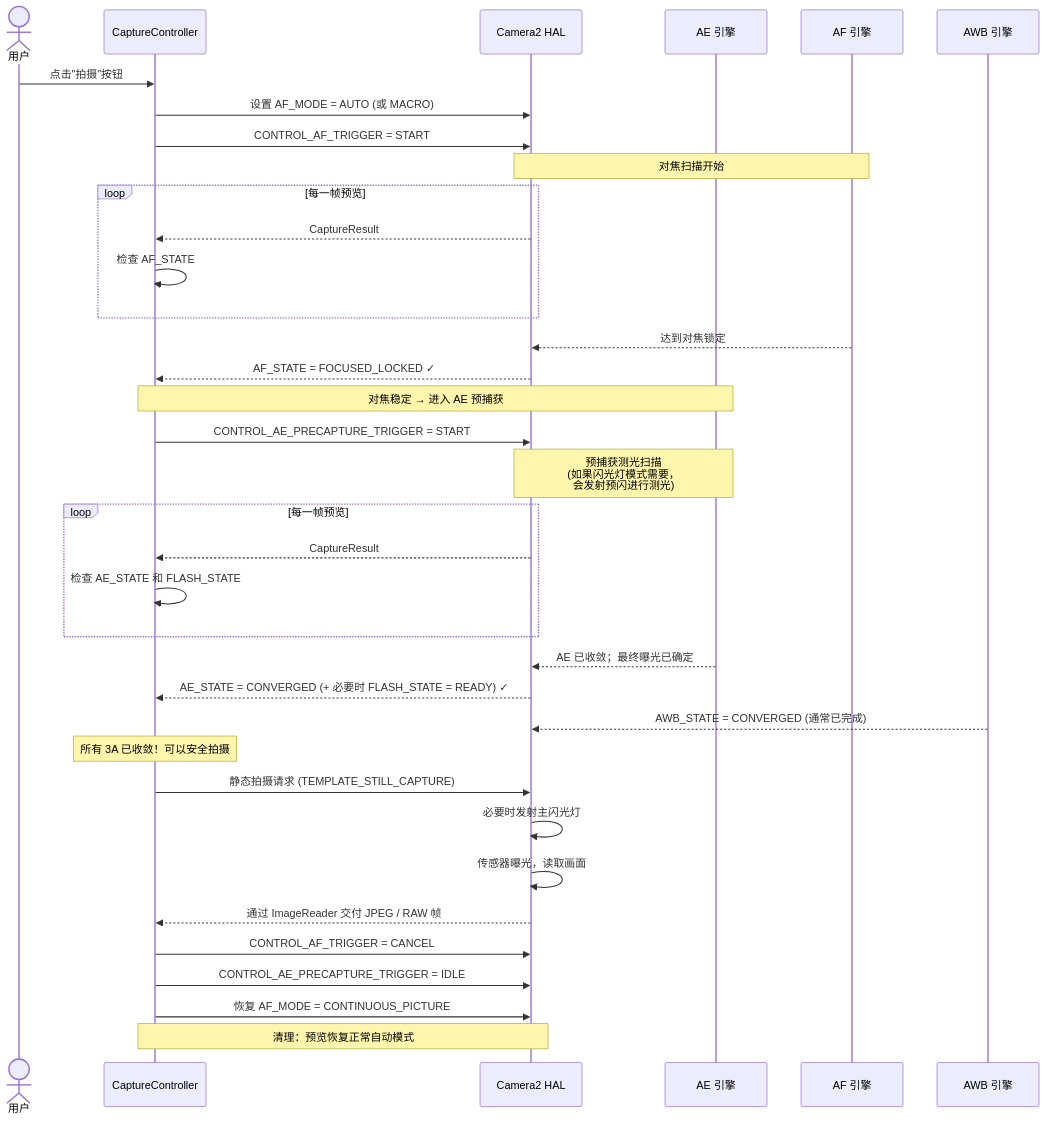
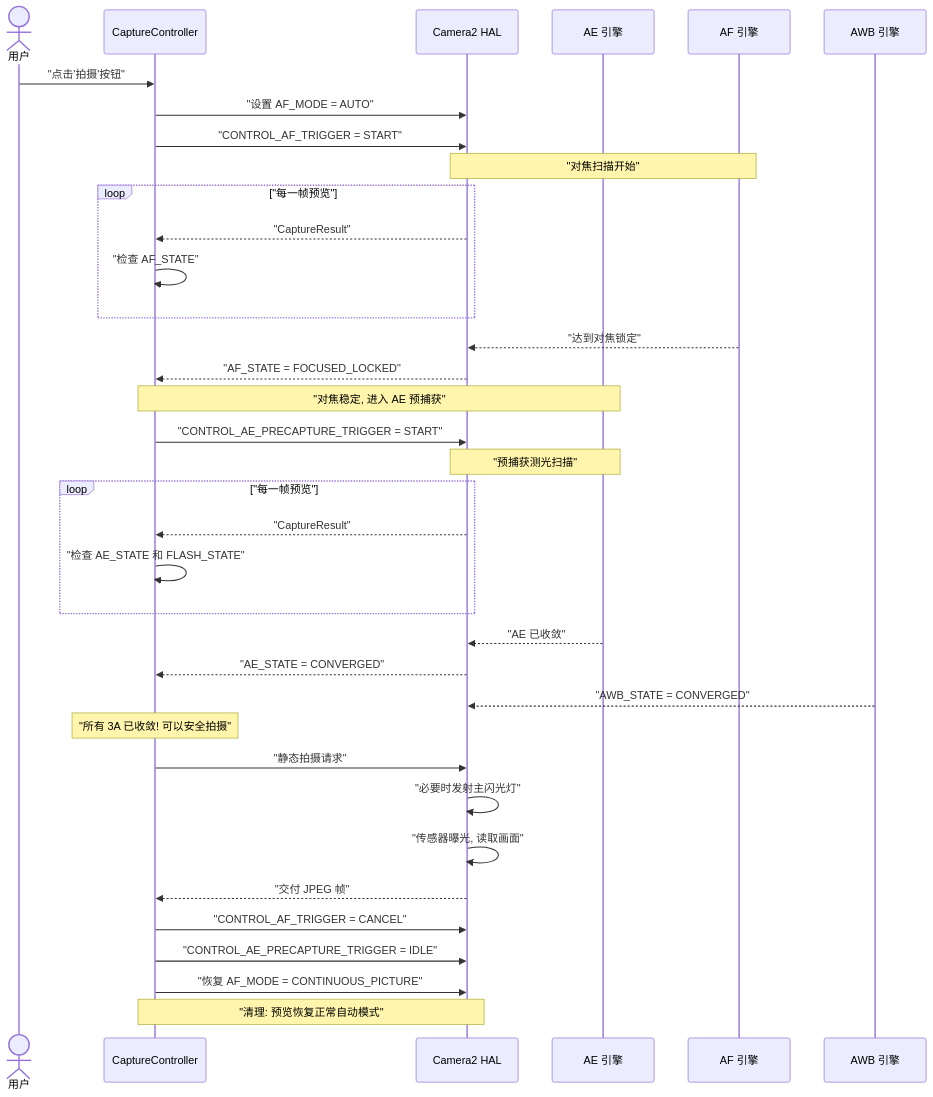
The first of 2 diagrams in website/i18n/zh-Hans/docusaurus-plugin-content-docs/current/camera2/3a-pipeline.md (zoozooll/AndroidCameraParameters), drawn with Mermaid before and after one commit. The commit also changed other lines of this file and 77 other files, not shown here.

First line of the commit message:
docs: standardize Mermaid syntax and polish 3A pipeline translations

````diff
--- a/website/i18n/zh-Hans/docusaurus-plugin-content-docs/current/camera2/3a-pipeline.md
+++ b/website/i18n/zh-Hans/docusaurus-plugin-content-docs/current/camera2/3a-pipeline.md
@@ -22,46 +22,46 @@
 ```mermaid
 sequenceDiagram
     actor User as 用户
     participant App as CaptureController
     participant HAL as Camera2 HAL
     participant AE as AE 引擎
     participant AF as AF 引擎
     participant AWB as AWB 引擎
 
-    User->>App: 点击"拍摄"按钮
-    App->>HAL: 设置 AF_MODE = AUTO (或 MACRO)
-    App->>HAL: CONTROL_AF_TRIGGER = START
-    Note over HAL,AF: 对焦扫描开始
+    User->>App: "点击'拍摄'按钮"
+    App->>HAL: "设置 AF_MODE = AUTO"
+    App->>HAL: "CONTROL_AF_TRIGGER = START"
+    Note over HAL,AF: "对焦扫描开始"
 
-    loop 每一帧预览
-        HAL-->>App: CaptureResult
-        App->>App: 检查 AF_STATE
+    loop "每一帧预览"
+        HAL-->>App: "CaptureResult"
+        App->>App: "检查 AF_STATE"
     end
 
-    AF-->>HAL: 达到对焦锁定
-    HAL-->>App: AF_STATE = FOCUSED_LOCKED ✓
-    Note over App,AE: 对焦稳定 → 进入 AE 预捕获
+    AF-->>HAL: "达到对焦锁定"
+    HAL-->>App: "AF_STATE = FOCUSED_LOCKED"
+    Note over App,AE: "对焦稳定, 进入 AE 预捕获"
 
-    App->>HAL: CONTROL_AE_PRECAPTURE_TRIGGER = START
-    Note over HAL,AE: 预捕获测光扫描<br/>(如果闪光灯模式需要，<br/>会发射预闪进行测光)
+    App->>HAL: "CONTROL_AE_PRECAPTURE_TRIGGER = START"
+    Note over HAL,AE: "预捕获测光扫描"
 
-    loop 每一帧预览
-        HAL-->>App: CaptureResult
-        App->>App: 检查 AE_STATE 和 FLASH_STATE
+    loop "每一帧预览"
+        HAL-->>App: "CaptureResult"
+        App->>App: "检查 AE_STATE 和 FLASH_STATE"
     end
 
-    AE-->>HAL: AE 已收敛；最终曝光已确定
-    HAL-->>App: AE_STATE = CONVERGED (+ 必要时 FLASH_STATE = READY) ✓
-    AWB-->>HAL: AWB_STATE = CONVERGED (通常已完成)
-    Note over App: 所有 3A 已收敛！可以安全拍摄
+    AE-->>HAL: "AE 已收敛"
+    HAL-->>App: "AE_STATE = CONVERGED"
+    AWB-->>HAL: "AWB_STATE = CONVERGED"
+    Note over App: "所有 3A 已收敛! 可以安全拍摄"
 
-    App->>HAL: 静态拍摄请求 (TEMPLATE_STILL_CAPTURE)
-    HAL->>HAL: 必要时发射主闪光灯
-    HAL->>HAL: 传感器曝光，读取画面
-    HAL-->>App: 通过 ImageReader 交付 JPEG / RAW 帧
+    App->>HAL: "静态拍摄请求"
+    HAL->>HAL: "必要时发射主闪光灯"
+    HAL->>HAL: "传感器曝光, 读取画面"
+    HAL-->>App: "交付 JPEG 帧"
 
-    App->>HAL: CONTROL_AF_TRIGGER = CANCEL
-    App->>HAL: CONTROL_AE_PRECAPTURE_TRIGGER = IDLE
-    App->>HAL: 恢复 AF_MODE = CONTINUOUS_PICTURE
-    Note over App,HAL: 清理：预览恢复正常自动模式
+    App->>HAL: "CONTROL_AF_TRIGGER = CANCEL"
+    App->>HAL: "CONTROL_AE_PRECAPTURE_TRIGGER = IDLE"
+    App->>HAL: "恢复 AF_MODE = CONTINUOUS_PICTURE"
+    Note over App,HAL: "清理: 预览恢复正常自动模式"
 ```
````
